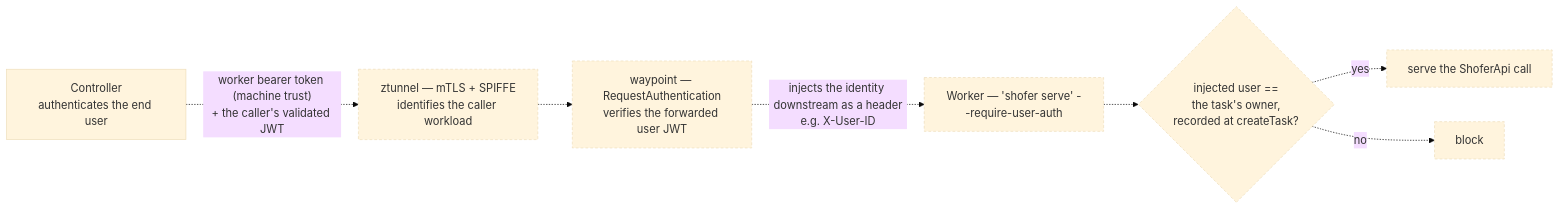
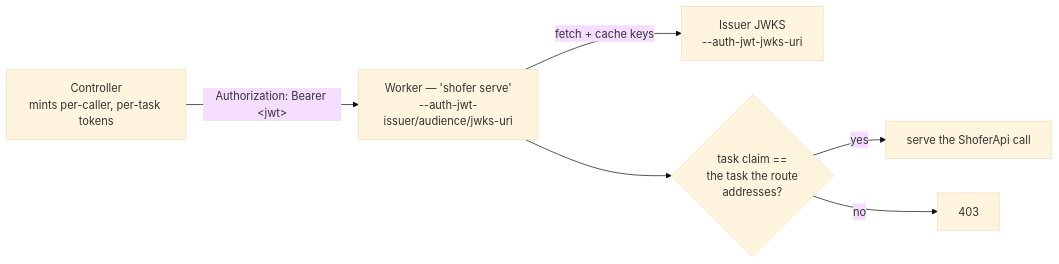
The fourth of 8 diagrams in docs/shofer-api.md (shofer-dev/shofer), drawn with Mermaid (base theme) before and after one commit. The commit also changed other lines of this file and 13 other files, not shown here.

````diff
--- a/docs/shofer-api.md
+++ b/docs/shofer-api.md
@@ -397,20 +410,15 @@
 ```mermaid
 flowchart LR
-    CTRL["Controller<br/>authenticates the end user"]
-    ZT["ztunnel — mTLS + SPIFFE<br/>identifies the caller workload"]
-    WP["waypoint — RequestAuthentication<br/>verifies the forwarded user JWT"]
-    NODE["Worker — 'shofer serve' --require-user-auth"]
-    OWNER{"injected user ==<br/>the task's owner,<br/>recorded at createTask?"}
+    CTRL["Controller<br/>mints per-caller, per-task tokens"]
+    NODE["Worker — 'shofer serve'<br/>--auth-jwt-issuer/audience/jwks-uri"]
+    JWKS["Issuer JWKS<br/>--auth-jwt-jwks-uri"]
+    SCOPE{"task claim ==<br/>the task the route<br/>addresses?"}
     OK["serve the ShoferApi call"]
-    NO["block"]
+    NO["403"]
 
-    CTRL -.->|"worker bearer token (machine trust)<br/>+ the caller's validated JWT"| ZT
-    ZT -.-> WP
-    WP -.->|"injects the identity downstream as a header<br/>e.g. X-User-ID"| NODE
-    NODE -.-> OWNER
-    OWNER -.->|yes| OK
-    OWNER -.->|no| NO
-
-    classDef proposed stroke-dasharray: 4 3
-    class ZT,WP,NODE,OWNER,OK,NO proposed
+    CTRL -->|"Authorization: Bearer &lt;jwt&gt;"| NODE
+    NODE -->|"fetch + cache keys"| JWKS
+    NODE --> SCOPE
+    SCOPE -->|yes| OK
+    SCOPE -->|no| NO
 ```
````
